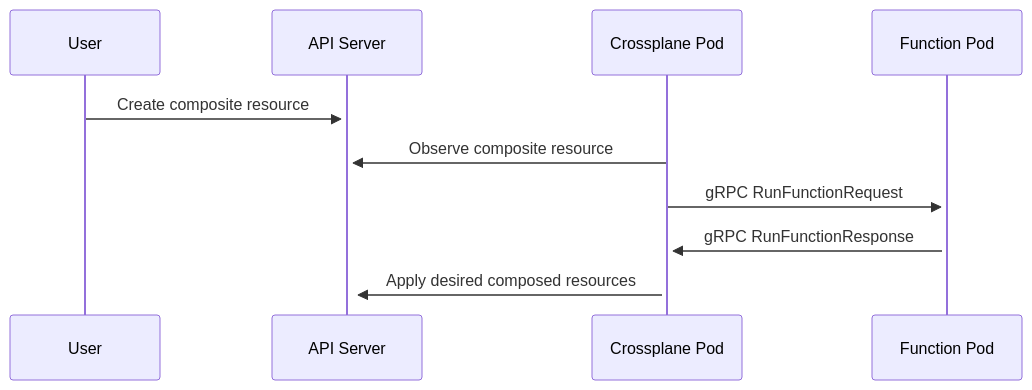
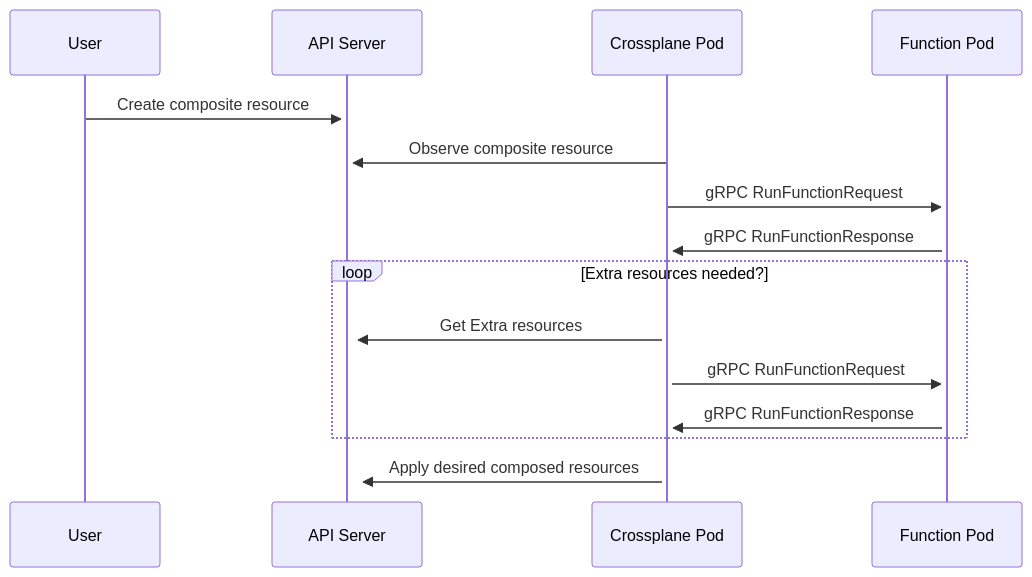
One commit to crossplane/docs changed the diagram in content/master/concepts/composition-functions.md. Above: the diagram before and after it, drawn with Mermaid. The commit also changed other lines of this file and 1 other file, not shown here.

First line of the commit message:
Document extra resources for functions (#705)

````diff
--- a/content/master/concepts/composition-functions.md
+++ b/content/master/concepts/composition-functions.md
@@ -477,8 +477,13 @@
 ```mermaid
 sequenceDiagram
     User->>+API Server: Create composite resource
     Crossplane Pod->>+API Server: Observe composite resource
     Crossplane Pod->>+Function Pod: gRPC RunFunctionRequest
     Function Pod->>+Crossplane Pod: gRPC RunFunctionResponse
+    loop Extra resources needed?
+      Crossplane Pod->>+API Server: Get Extra resources
+      Crossplane Pod->>+Function Pod: gRPC RunFunctionRequest
+      Function Pod->>+Crossplane Pod: gRPC RunFunctionResponse
+    end
     Crossplane Pod->>+API Server: Apply desired composed resources
 ```
````
